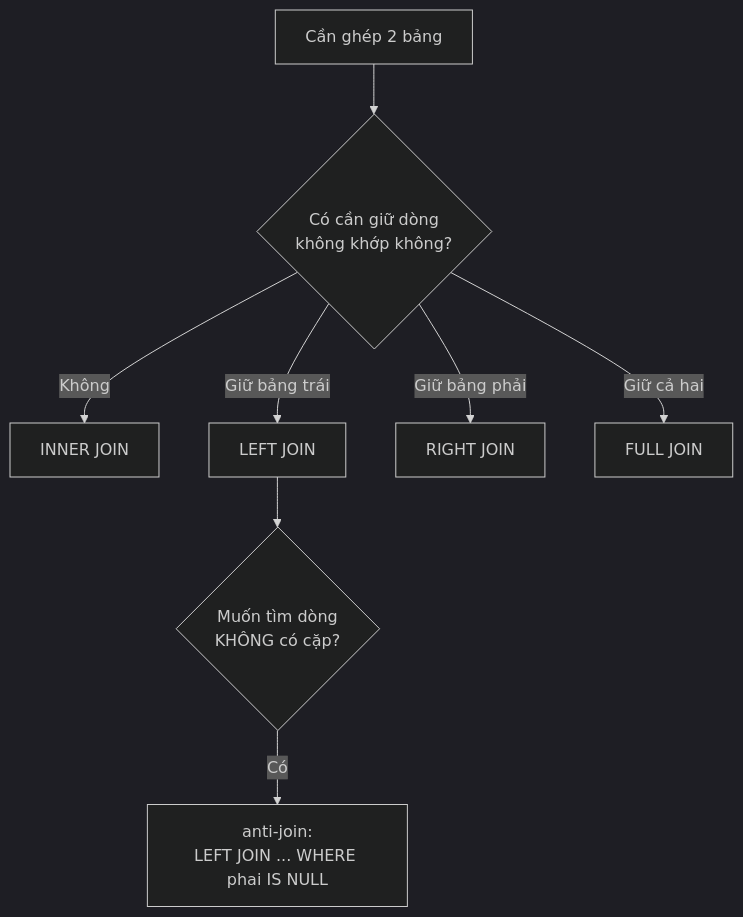
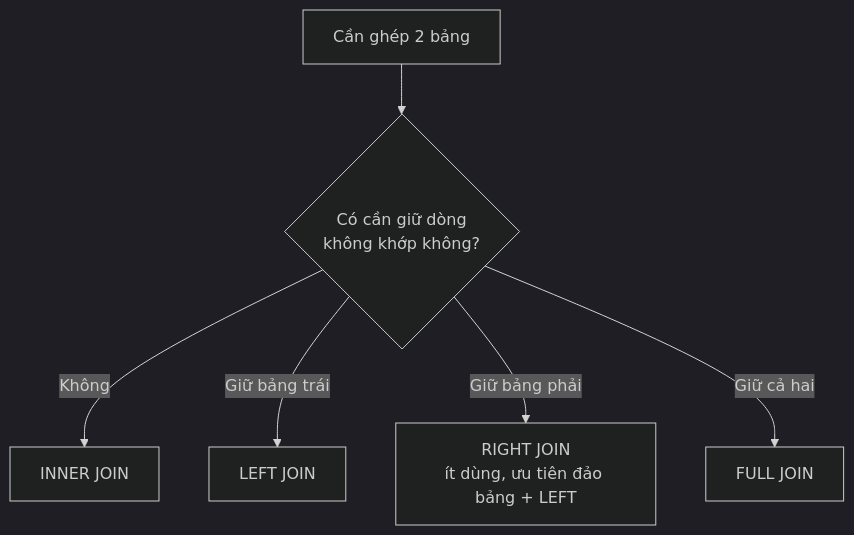
One commit to iamrealBi/learning-hub-v2 changed the diagram in docs/p2-du-lieu/joins-aggregation.md. Above: the diagram before and after it, drawn with Mermaid (dark theme). The commit also changed other lines of this file and 13 other files, not shown here.

````diff
--- a/docs/p2-du-lieu/joins-aggregation.md
+++ b/docs/p2-du-lieu/joins-aggregation.md
@@ -48,10 +264,8 @@
 ```mermaid
 flowchart TD
     A[Cần ghép 2 bảng] --> B{Có cần giữ dòng<br/>không khớp không?}
     B -->|Không| C[INNER JOIN]
     B -->|Giữ bảng trái| D[LEFT JOIN]
-    B -->|Giữ bảng phải| E[RIGHT JOIN]
+    B -->|Giữ bảng phải| E[RIGHT JOIN<br/>ít dùng, ưu tiên đảo bảng + LEFT]
     B -->|Giữ cả hai| F[FULL JOIN]
-    D --> G{Muốn tìm dòng<br/>KHÔNG có cặp?}
-    G -->|Có| H[anti-join:<br/>LEFT JOIN ... WHERE phai IS NULL]
 ```
````
